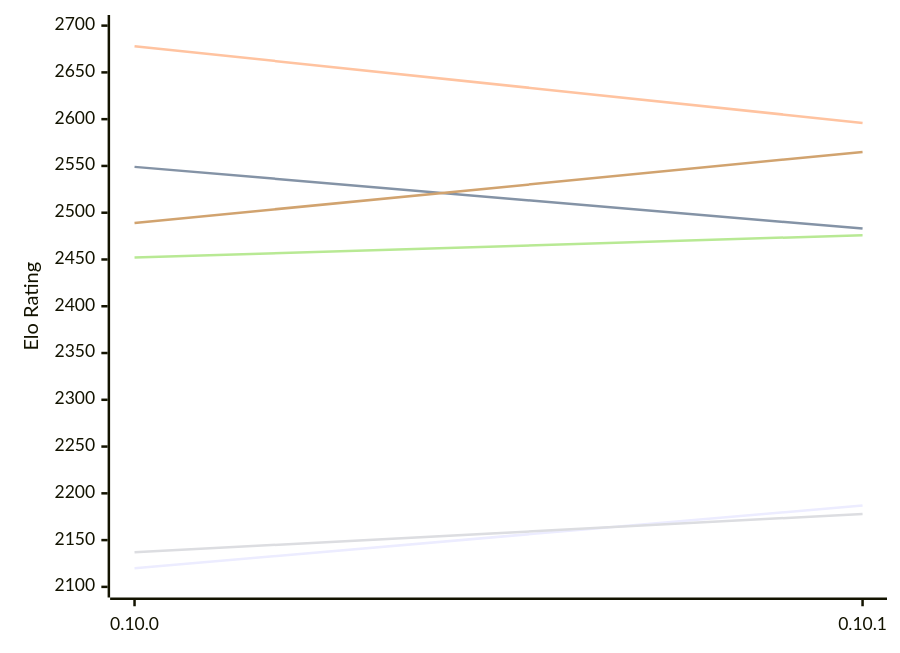
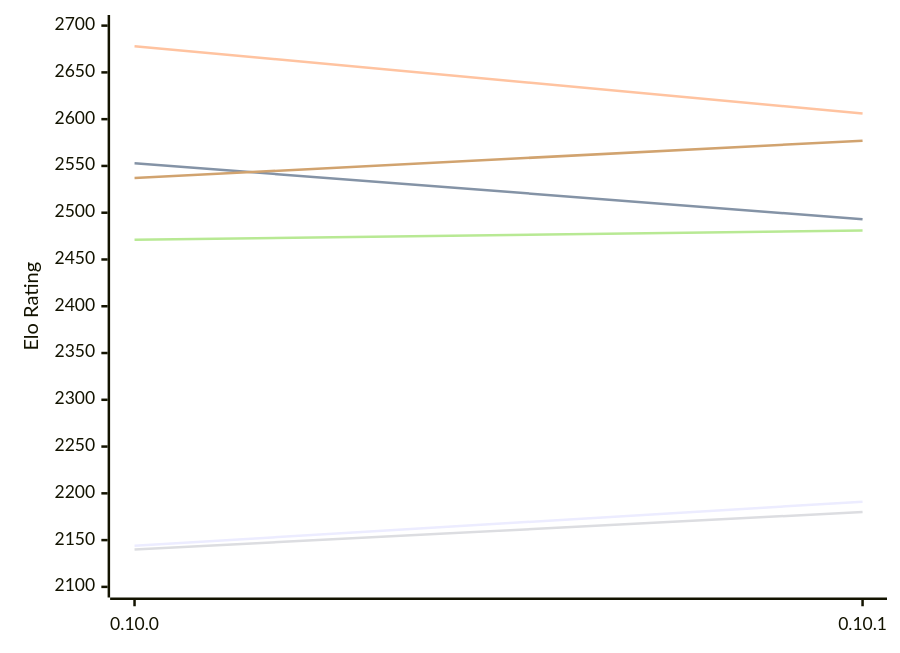
Before and after one commit to computer-chess-index/cci: the first of 2 diagrams in engines/Fatalii.md, drawn with Mermaid. The commit also changed other lines of this file, not shown here.

Commit message:
Update CCI Ratings (ELO VLTC) - 2026-11-16

````diff
--- a/engines/Fatalii.md
+++ b/engines/Fatalii.md
@@ -50,12 +50,12 @@
 ```mermaid
 %%{init: {"theme":"base","themeVariables":{"seriesColors:['#a3a3a3','#222221','#faa371']}}}%%
 xychart-beta
   x-axis ["0.10.0", "0.10.1"]
   y-axis "Elo Rating" 2100 --> 2700
-  line "E1: STC (8.0+0.08s)" [2120, 2187]
-  line "E1: LTC (60.0+0.60s)" [2549, 2483]
-  line "E1: VLTC (2m24s+1.12s)" [2678, 2596]
-  line "P1: STC (8.0+0.08s)" [2137, 2178]
-  line "P1: LTC (60.0+0.60s)" [2452, 2476]
-  line "P1: VLTC (2m24s+1.12s)" [2489, 2565]
+  line "E1: STC (8.0+0.08s)" [2144, 2191]
+  line "E1: LTC (60.0+0.60s)" [2553, 2493]
+  line "E1: VLTC (2m24s+1.12s)" [2678, 2606]
+  line "P1: STC (8.0+0.08s)" [2140, 2180]
+  line "P1: LTC (60.0+0.60s)" [2471, 2481]
+  line "P1: VLTC (2m24s+1.12s)" [2537, 2577]
 ```
````
